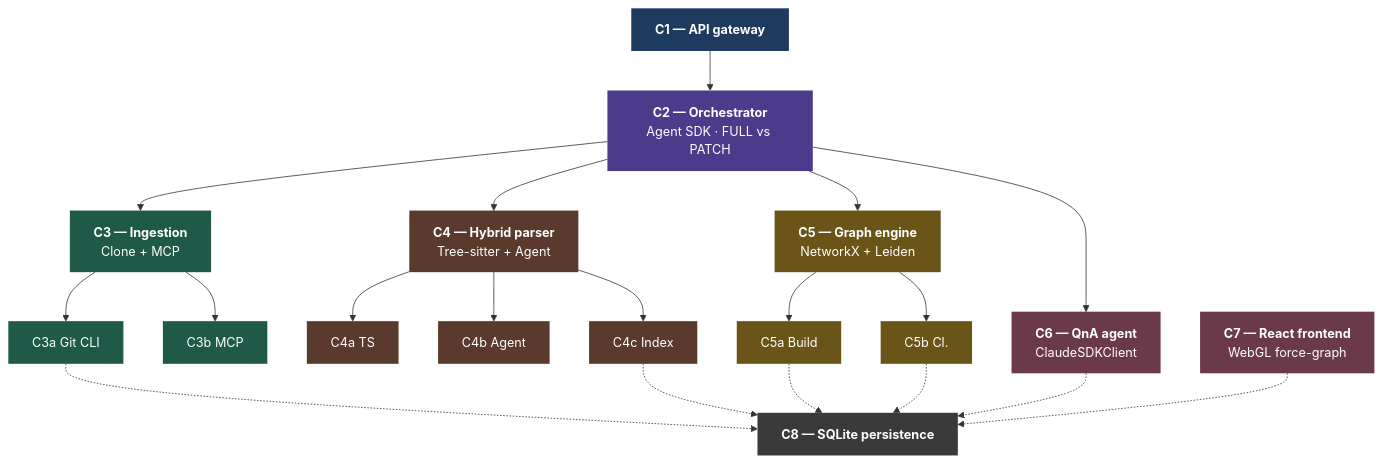
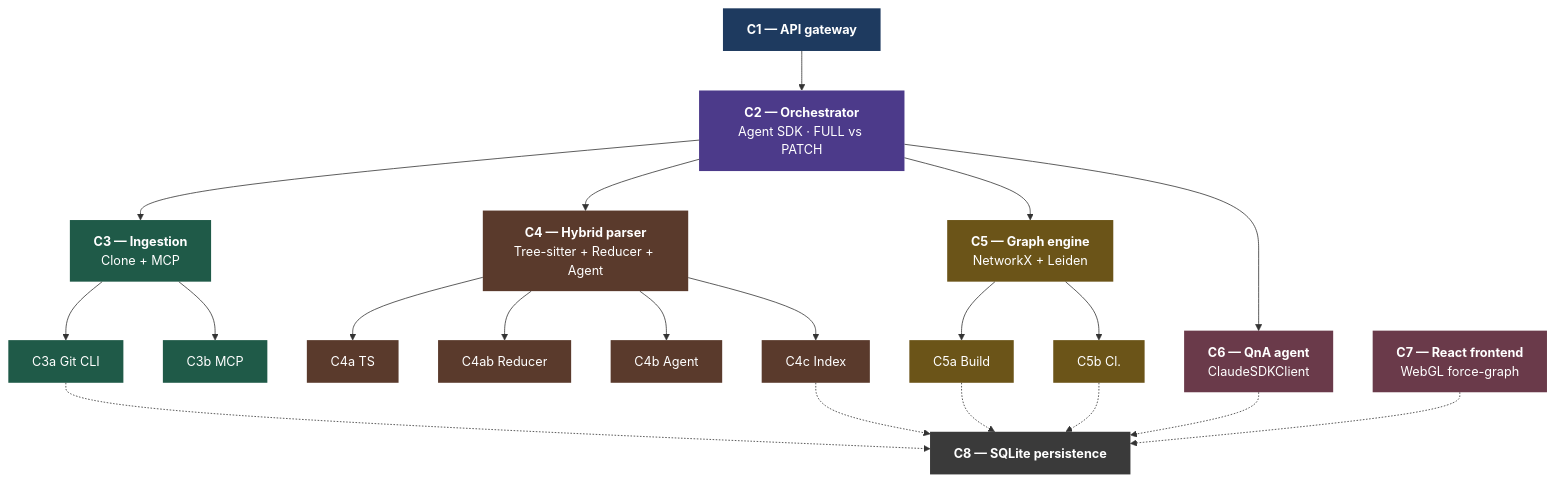
One commit to arkapatra31/meridian changed the diagram in README.md. Above: the diagram before and after it, drawn with Mermaid. The commit also changed other lines of this file and 2 other files, not shown here.

````diff
--- a/README.md
+++ b/README.md
@@ -22,61 +22,63 @@
 ```mermaid
 flowchart TD
     C1["<b>C1 — API gateway</b>"]
     C2["<b>C2 — Orchestrator</b><br/>Agent SDK · FULL vs PATCH"]
 
     C3["<b>C3 — Ingestion</b><br/>Clone + MCP"]
     C3a["C3a Git CLI"]
     C3b["C3b MCP"]
 
-    C4["<b>C4 — Hybrid parser</b><br/>Tree-sitter + Agent"]
+    C4["<b>C4 — Hybrid parser</b><br/>Tree-sitter + Reducer + Agent"]
     C4a["C4a TS"]
+    C4ab["C4ab Reducer"]
     C4b["C4b Agent"]
     C4c["C4c Index"]
 
     C5["<b>C5 — Graph engine</b><br/>NetworkX + Leiden"]
     C5a["C5a Build"]
     C5b["C5b Cl."]
 
     C6["<b>C6 — QnA agent</b><br/>ClaudeSDKClient"]
     C7["<b>C7 — React frontend</b><br/>WebGL force-graph"]
     C8["<b>C8 — SQLite persistence</b>"]
 
     C1 --> C2
     C2 --> C3
     C2 --> C4
     C2 --> C5
     C2 --> C6
 
     C3 --> C3a
     C3 --> C3b
 
     C4 --> C4a
+    C4 --> C4ab
     C4 --> C4b
     C4 --> C4c
 
     C5 --> C5a
     C5 --> C5b
 
     C3a -.-> C8
     C4c -.-> C8
     C5a -.-> C8
     C5b -.-> C8
     C6  -.-> C8
     C7  -.-> C8
 
     classDef gateway     fill:#1e3a5f,color:#fff,stroke:none
     classDef orchestrate fill:#4c3a8a,color:#fff,stroke:none
     classDef ingestion   fill:#1f5a48,color:#fff,stroke:none
     classDef parser      fill:#5a3a2c,color:#fff,stroke:none
     classDef engine      fill:#6b5418,color:#fff,stroke:none
     classDef output      fill:#6a3a4a,color:#fff,stroke:none
     classDef persistence fill:#3a3a3a,color:#fff,stroke:none
 
     class C1 gateway
     class C2 orchestrate
     class C3,C3a,C3b ingestion
-    class C4,C4a,C4b,C4c parser
+    class C4,C4a,C4ab,C4b,C4c parser
     class C5,C5a,C5b engine
     class C6,C7 output
     class C8 persistence
 ```
````
